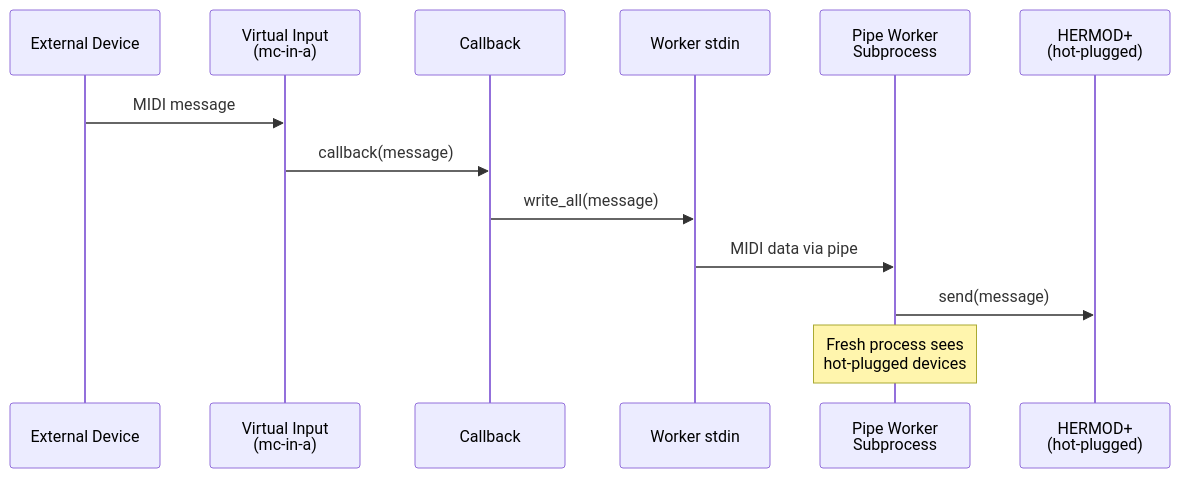
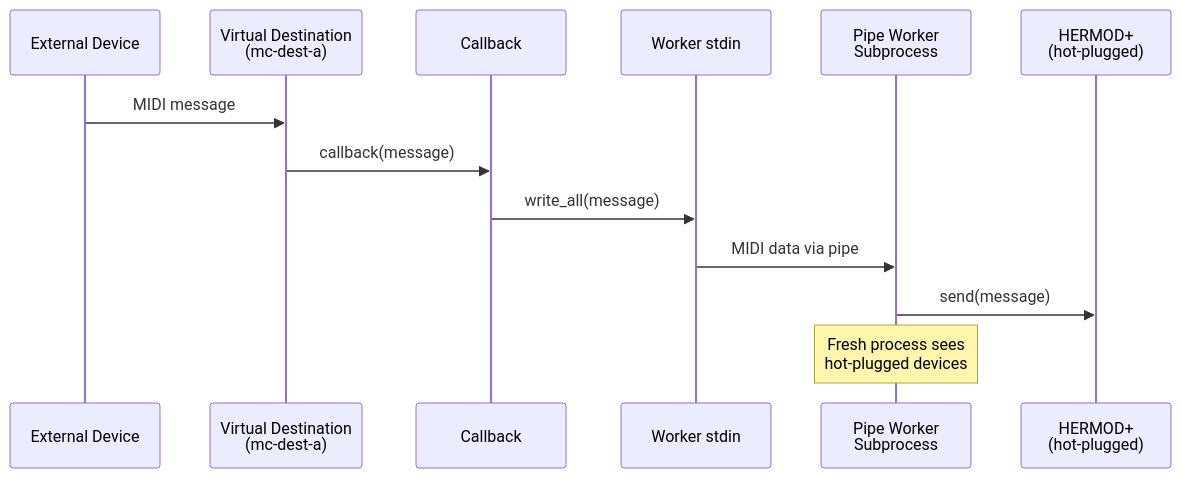
One commit to odaacabeef/midi-cable changed the third of 11 diagrams in docs/architecture.md. Above: the diagram before and after it, drawn with Mermaid. The commit also changed other lines of this file and 1 other file, not shown here.

First line of the commit message:
Rename virtual ports

````diff
--- a/docs/architecture.md
+++ b/docs/architecture.md
@@ -118,17 +121,17 @@
 ```mermaid
 sequenceDiagram
     participant Ext as External Device
-    participant VIn as Virtual Input<br/>(mc-in-a)
+    participant VIn as Virtual Destination<br/>(mc-dest-a)
     participant CB as Callback
     participant Stdin as Worker stdin
     participant Worker as Pipe Worker<br/>Subprocess
     participant Hot as HERMOD+<br/>(hot-plugged)
 
     Ext->>VIn: MIDI message
     VIn->>CB: callback(message)
     CB->>Stdin: write_all(message)
     Stdin->>Worker: MIDI data via pipe
     Worker->>Hot: send(message)
 
     Note over Worker: Fresh process sees<br/>hot-plugged devices
 ```
````
